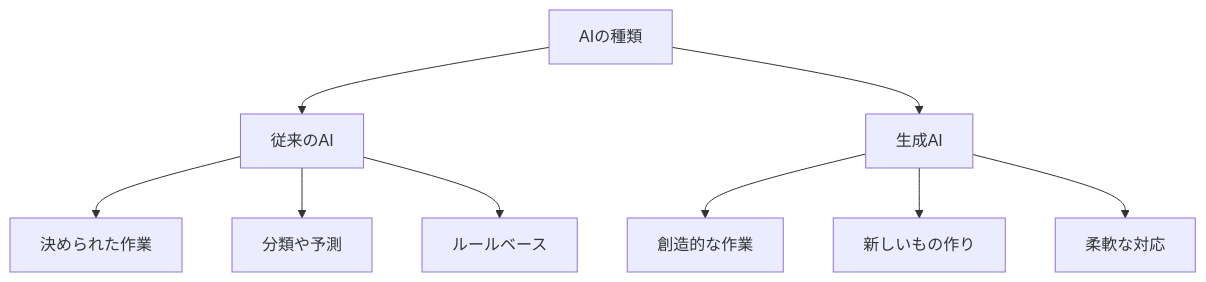
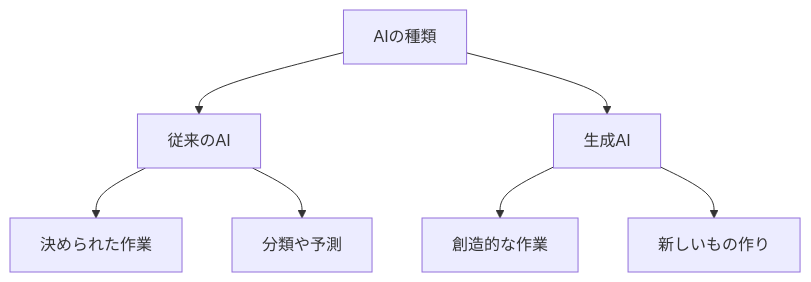
One commit to haruka-aibara/haruka-aibara changed the first of 2 diagrams in docs/AI/100_入門_生成AIの応用.md. Above: the diagram before and after it, drawn with Mermaid. The commit also changed other lines of this file and 34 other files, not shown here.

````diff
--- a/docs/AI/100_入門_生成AIの応用.md
+++ b/docs/AI/100_入門_生成AIの応用.md
@@ -13,13 +13,11 @@
 ```mermaid
 graph TD
     A[AIの種類] --> B[従来のAI]
     A --> C[生成AI]
     
     B --> B1[決められた作業]
     B --> B2[分類や予測]
-    B --> B3[ルールベース]
     
     C --> C1[創造的な作業]
     C --> C2[新しいもの作り]
-    C --> C3[柔軟な対応]
 ```
````
